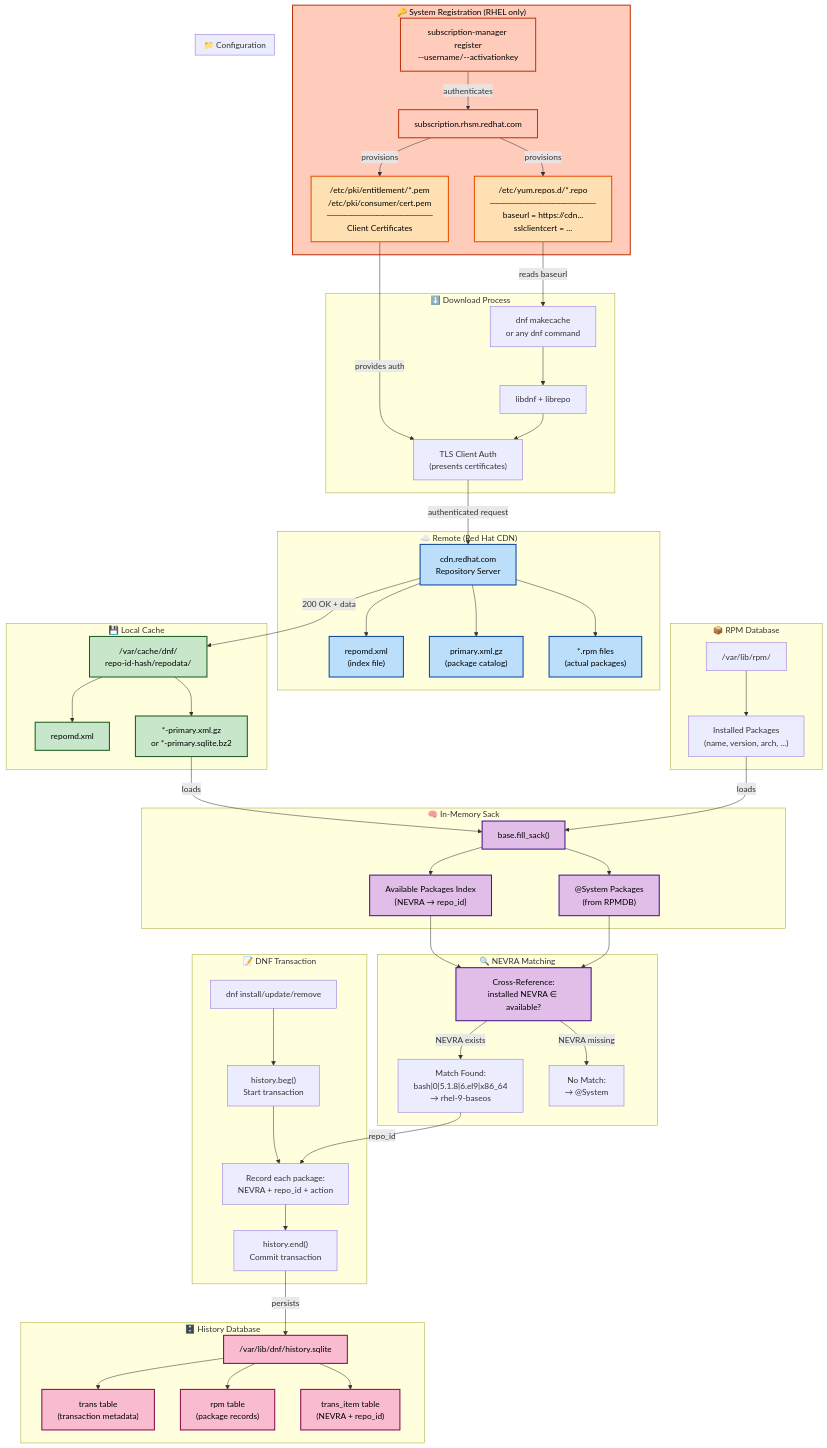
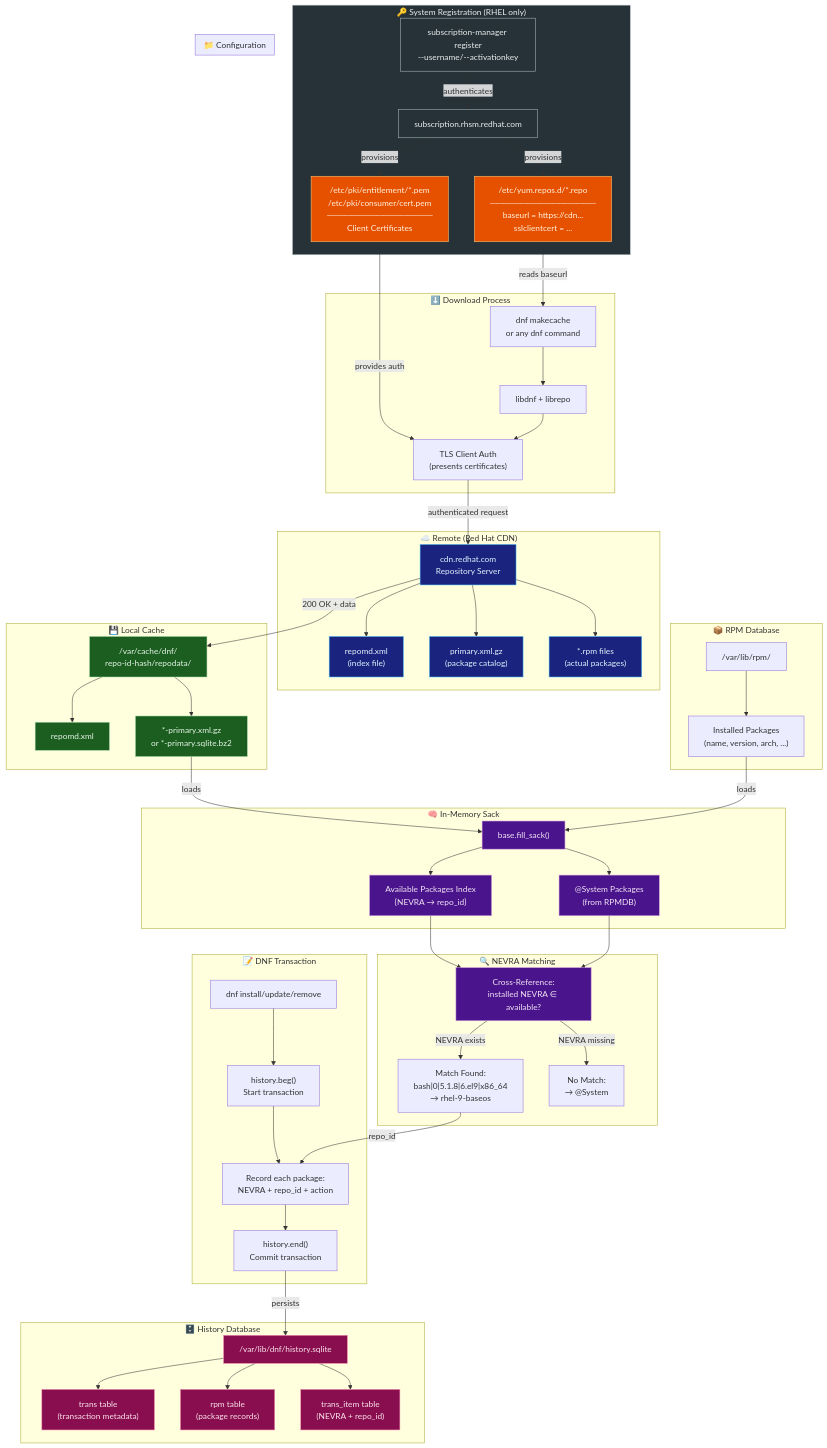
The first of 2 diagrams in DNF_DATA_FLOW_DIAGRAM.md (vikin91/dnf-scripts), drawn with Mermaid before and after one commit.

Commit message:
Use different colors to look better in dark mode again

```diff
--- a/DNF_DATA_FLOW_DIAGRAM.md
+++ b/DNF_DATA_FLOW_DIAGRAM.md
@@ -102,13 +102,13 @@
     TRANS_ITEMS --> TRANS_END
     TRANS_END -->|"persists"| HISTORY_DB
 
-    %% Styling with high-contrast colors for Dark/Light mode compatibility
-    classDef remote fill:#bbdefb,stroke:#0d47a1,stroke-width:2px,color:#000
-    classDef config fill:#ffe0b2,stroke:#e65100,stroke-width:2px,color:#000
-    classDef cache fill:#c8e6c9,stroke:#1b5e20,stroke-width:2px,color:#000
-    classDef memory fill:#e1bee7,stroke:#4a148c,stroke-width:2px,color:#000
-    classDef db fill:#f8bbd0,stroke:#880e4f,stroke-width:2px,color:#000
-    classDef auth fill:#ffccbc,stroke:#bf360c,stroke-width:2px,color:#000
+    %% Styling - Dark Mode Optimized
+    classDef remote fill:#1a237e,stroke:#4fc3f7,color:#e1f5fe
+    classDef config fill:#e65100,stroke:#ffcc80,color:#fff3e0
+    classDef cache fill:#1b5e20,stroke:#a5d6a7,color:#e8f5e9
+    classDef memory fill:#4a148c,stroke:#ce93d8,color:#f3e5f5
+    classDef db fill:#880e4f,stroke:#f48fb1,color:#fce4ec
+    classDef auth fill:#263238,stroke:#b0bec5,color:#eceff1
 
     class CDN,REPOMD,PRIMARY,RPMS remote
     class REPOFILE,CERTS config
```
